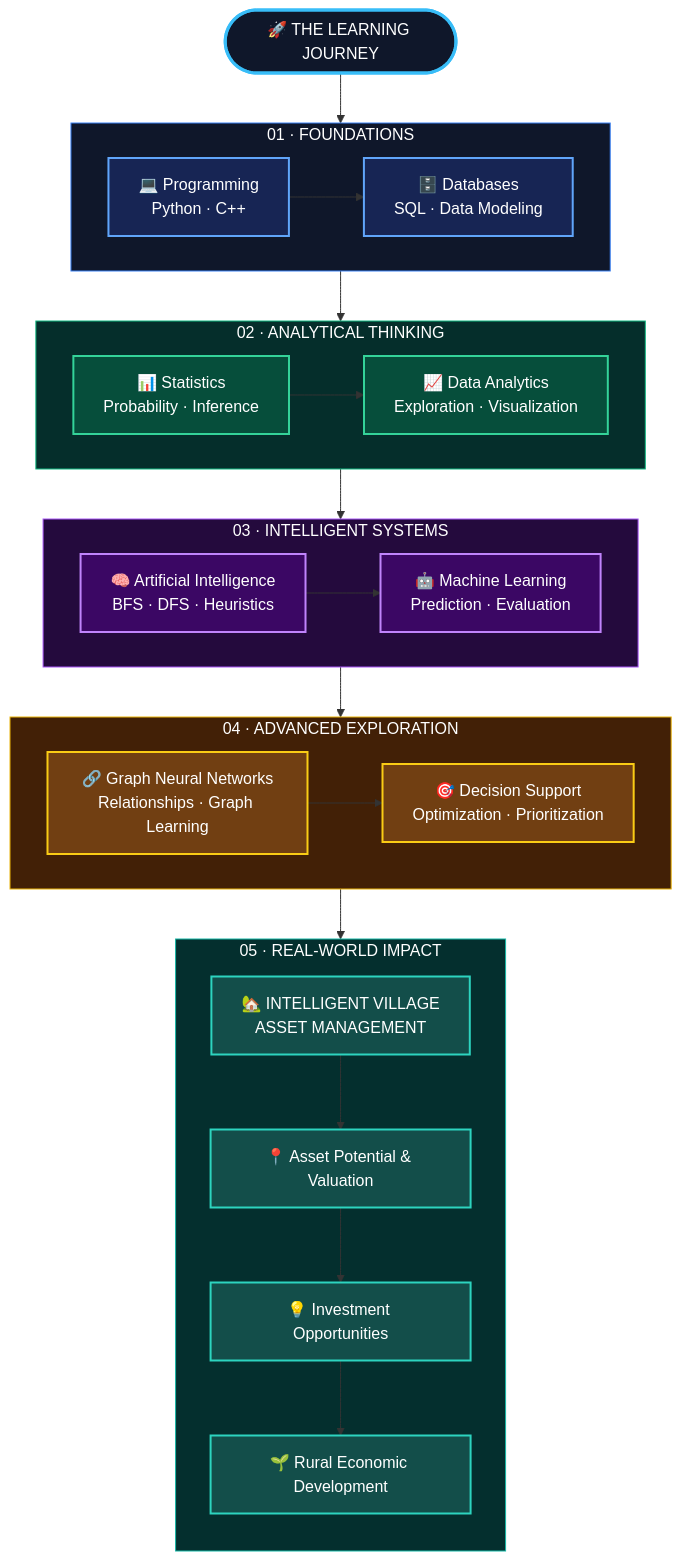
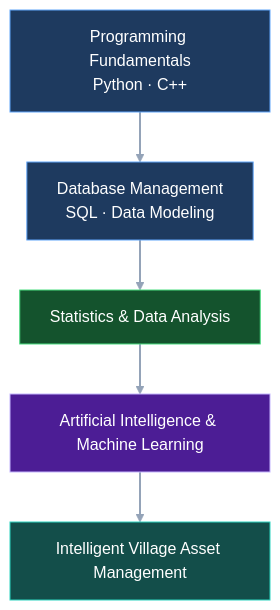
One commit to KukuhRiyanto/KukuhRiyanto changed the diagram in README.md. Above: the diagram before and after it, drawn with Mermaid. The commit also changed other lines of this file, not shown here.

Commit message:
Refactor learning roadmap section in README

````diff
--- a/README.md
+++ b/README.md
@@ -226,67 +220,22 @@
 ```mermaid
-flowchart TB
-    START(["🚀 THE LEARNING JOURNEY"])
+flowchart TD
+    A["Programming Fundamentals<br/>Python · C++"]
+    B["Database Management<br/>SQL · Data Modeling"]
+    C["Statistics & Data Analysis"]
+    D["Artificial Intelligence & Machine Learning"]
+    E["Intelligent Village Asset Management"]
 
-    subgraph S1["01 · FOUNDATIONS"]
-        direction LR
-        A["💻 Programming<br/>Python · C++"]
-        B["🗄️ Databases<br/>SQL · Data Modeling"]
-        A --> B
-    end
+    A --> B --> C --> D --> E
 
-    subgraph S2["02 · ANALYTICAL THINKING"]
-        direction LR
-        C["📊 Statistics<br/>Probability · Inference"]
-        D["📈 Data Analytics<br/>Exploration · Visualization"]
-        C --> D
-    end
+    classDef foundation fill:#1E3A5F,stroke:#60A5FA,color:#FFFFFF
+    classDef analytics fill:#14532D,stroke:#4ADE80,color:#FFFFFF
+    classDef intelligence fill:#4C1D95,stroke:#C4B5FD,color:#FFFFFF
+    classDef impact fill:#134E4A,stroke:#2DD4BF,color:#FFFFFF
 
-    subgraph S3["03 · INTELLIGENT SYSTEMS"]
-        direction LR
-        E["🧠 Artificial Intelligence<br/>BFS · DFS · Heuristics"]
-        F["🤖 Machine Learning<br/>Prediction · Evaluation"]
-        E --> F
-    end
+    class A,B foundation
+    class C analytics
+    class D intelligence
+    class E impact
 
-    subgraph S4["04 · ADVANCED EXPLORATION"]
-        direction LR
-        G["🔗 Graph Neural Networks<br/>Relationships · Graph Learning"]
-        H["🎯 Decision Support<br/>Optimization · Prioritization"]
-        G --> H
-    end
-
-    subgraph S5["05 · REAL-WORLD IMPACT"]
-        direction TB
-        I["🏡 INTELLIGENT VILLAGE<br/>ASSET MANAGEMENT"]
-        J["📍 Asset Potential & Valuation"]
-        K["💡 Investment Opportunities"]
-        L["🌱 Rural Economic Development"]
-        I --> J --> K --> L
-    end
-
-    START --> A
-    B --> C
-    D --> E
-    F --> G
-    H --> I
-
-    classDef start fill:#0F172A,stroke:#38BDF8,color:#FFFFFF,stroke-width:3px
-    classDef foundation fill:#172554,stroke:#60A5FA,color:#FFFFFF,stroke-width:2px
-    classDef analytics fill:#064E3B,stroke:#34D399,color:#FFFFFF,stroke-width:2px
-    classDef ai fill:#3B0764,stroke:#C084FC,color:#FFFFFF,stroke-width:2px
-    classDef advanced fill:#713F12,stroke:#FACC15,color:#FFFFFF,stroke-width:2px
-    classDef impact fill:#134E4A,stroke:#2DD4BF,color:#FFFFFF,stroke-width:2px
-
-    class START start
-    class A,B foundation
-    class C,D analytics
-    class E,F ai
-    class G,H advanced
-    class I,J,K,L impact
-
-    style S1 fill:#0F172A,stroke:#3B82F6,color:#FFFFFF
-    style S2 fill:#052E2B,stroke:#10B981,color:#FFFFFF
-    style S3 fill:#240A3D,stroke:#A855F7,color:#FFFFFF
-    style S4 fill:#422006,stroke:#EAB308,color:#FFFFFF
-    style S5 fill:#042F2E,stroke:#14B8A6,color:#FFFFFF
+    linkStyle default stroke:#94A3B8,stroke-width:2px
 ```
````
